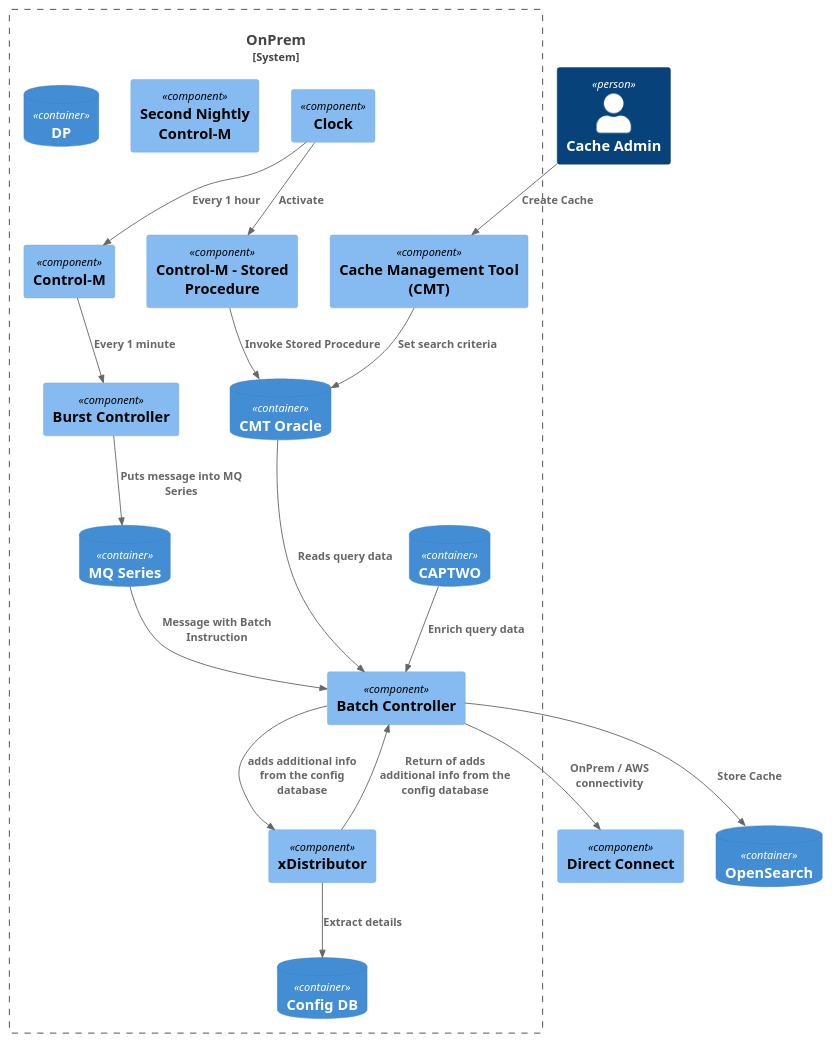
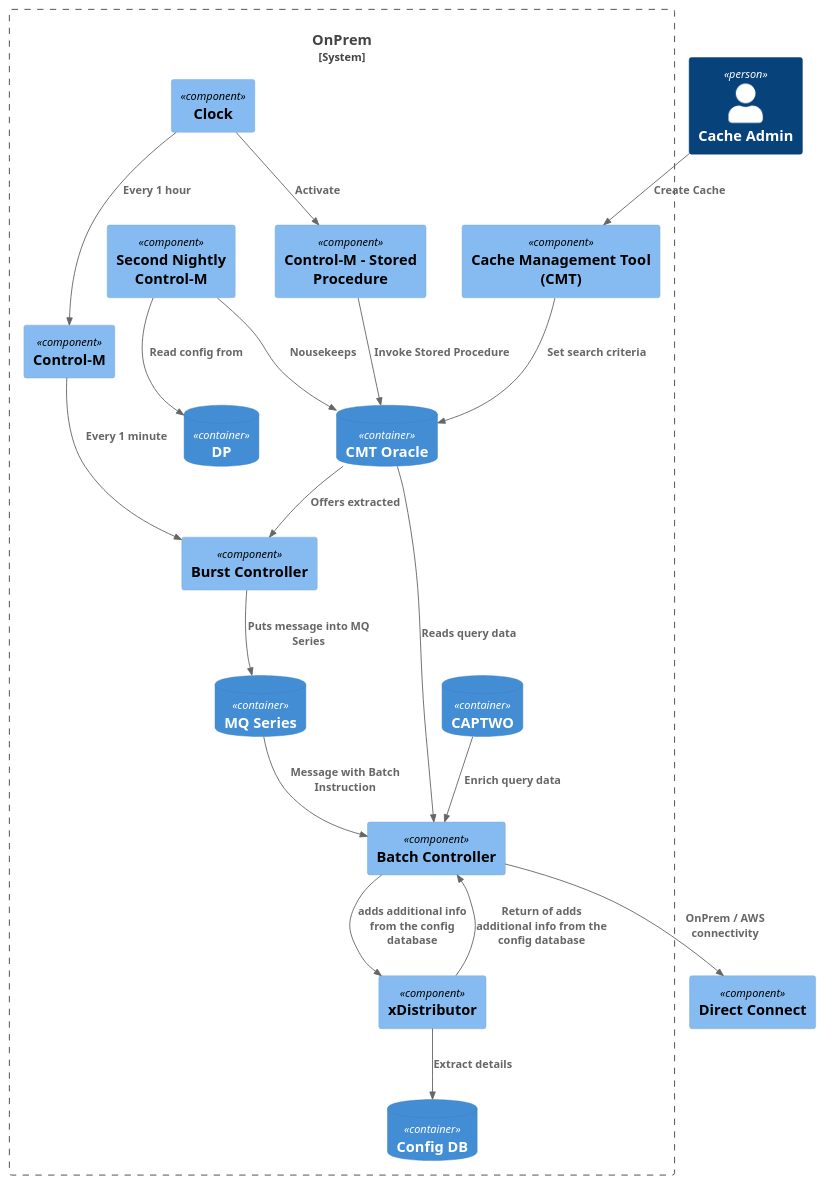
Before and after one commit to brunasti/icepanel-tools: the diagram in docs/icePanel-C4-output-2-OnPrem.puml, drawn with PlantUML. The commit also changed 38 other files, not shown here.

```diff
--- a/docs/icePanel-C4-output-2-OnPrem.puml
+++ b/docs/icePanel-C4-output-2-OnPrem.puml
@@ -1,60 +1,61 @@
 @startuml
 'https://plantuml.com/class-diagram
 ' CONVERT ICEPANEL DIAGRAM ===========
 ' Converter          : it.brunasti.icepanel.tools.IcePanelToPlantUmlConverter
-' IcePanel JSON File : [./src/test/resources/icepanel-structured.json]
+' IcePanel JSON File : [./src/test/resources/icepanel-plain.json]
 ' Configuration      : [./docs/config.json]
-' Generated at       : Wed Apr 10 11:43:53 CEST 2024
+' Generated at       : Wed Apr 10 14:23:01 CEST 2024
 
 !include https://raw.githubusercontent.com/plantuml-stdlib/C4-PlantUML/master/C4_Context.puml
 !include https://raw.githubusercontent.com/plantuml-stdlib/C4-PlantUML/master/C4_Component.puml
 
 
 ' Include         : [./docs/include.txt] ---------
 hide empty members
 ' Include end     : --------------------------
 
 
 System_Boundary(ZCIGbr1fDwSZINSjOb44, "OnPrem" ) {
     ' CLASSES =======
     ContainerDb(JDgumJdxCj5dCURdCtKN, "CAPTWO", "", "" )
     ContainerDb(P8FRwIacDu7PGvfS8xYm, "MQ Series", "", "" )
     Component(iCsNVDctelyaR2c4wnkh, "Burst Controller", "" )
     Component(gjWRDpkTJ13KPRmh36F5, "Clock", "" )
     ContainerDb(oTdOuXLuTyPzLeCjIYDx, "Config DB", "", "" )
     Component(FbHUk96QaZQVUumba63H, "Batch Controller", "" )
     Component(ca13KkX3DwaOlAXtqCBu, "Cache Management Tool (CMT)", "" )
     Component(fw0FSosDQxrXPus6KZ6i, "Control-M", "" )
     Component(CBSTDIDaQZluhMUnj5Mq, "xDistributor", "" )
     ContainerDb(HhxISGaz4P94iRFwLQgB, "CMT Oracle", "", "" )
     Component(M6xfKV1sWabaqUXxMo6D, "Second Nightly Control-M", "" )
     ContainerDb(zKtL799aVzgaZLWgIcD6, "DP", "", "" )
     Component(HRtqQ8npZIhFIJyE4fny, "Control-M - Stored Procedure", "" )
 }
 
 
 ' NEIGHBOR CLASSES =======
 Component(p4yomm0RrOrYTNX8VvEg, "Direct Connect", "" )
-ContainerDb(MzZVLTUQ74KbySVwdHfZ, "OpenSearch", "", "" )
 Person(mtyHirRmDImFDmca6URg, "Cache Admin", "" )
 
 
 ' CONNECTIONS =======
-Rel(FbHUk96QaZQVUumba63H, p4yomm0RrOrYTNX8VvEg, "OnPrem / AWS connectivity" )
-Rel(FbHUk96QaZQVUumba63H, CBSTDIDaQZluhMUnj5Mq, "adds additional info from the config database" )
-Rel(CBSTDIDaQZluhMUnj5Mq, FbHUk96QaZQVUumba63H, "Return of adds additional info from the config database" )
-Rel(fw0FSosDQxrXPus6KZ6i, iCsNVDctelyaR2c4wnkh, "Every 1 minute" )
 Rel(JDgumJdxCj5dCURdCtKN, FbHUk96QaZQVUumba63H, "Enrich query data" )
 Rel(P8FRwIacDu7PGvfS8xYm, FbHUk96QaZQVUumba63H, "Message with Batch Instruction" )
 Rel(iCsNVDctelyaR2c4wnkh, P8FRwIacDu7PGvfS8xYm, "Puts message into MQ Series" )
 Rel(HhxISGaz4P94iRFwLQgB, FbHUk96QaZQVUumba63H, "Reads query data" )
 Rel(CBSTDIDaQZluhMUnj5Mq, oTdOuXLuTyPzLeCjIYDx, "Extract details" )
 Rel(gjWRDpkTJ13KPRmh36F5, HRtqQ8npZIhFIJyE4fny, "Activate" )
-Rel(ca13KkX3DwaOlAXtqCBu, HhxISGaz4P94iRFwLQgB, "Set search criteria" )
 Rel(mtyHirRmDImFDmca6URg, ca13KkX3DwaOlAXtqCBu, "Create Cache" )
-Rel(FbHUk96QaZQVUumba63H, MzZVLTUQ74KbySVwdHfZ, "Store Cache" )
 Rel(gjWRDpkTJ13KPRmh36F5, fw0FSosDQxrXPus6KZ6i, "Every 1 hour" )
 Rel(HRtqQ8npZIhFIJyE4fny, HhxISGaz4P94iRFwLQgB, "Invoke Stored Procedure" )
+Rel(M6xfKV1sWabaqUXxMo6D, zKtL799aVzgaZLWgIcD6, "Read config from" )
+Rel(HhxISGaz4P94iRFwLQgB, iCsNVDctelyaR2c4wnkh, "Offers extracted" )
+Rel(FbHUk96QaZQVUumba63H, p4yomm0RrOrYTNX8VvEg, "OnPrem / AWS connectivity" )
+Rel(FbHUk96QaZQVUumba63H, CBSTDIDaQZluhMUnj5Mq, "adds additional info from the config database" )
+Rel(CBSTDIDaQZluhMUnj5Mq, FbHUk96QaZQVUumba63H, "Return of adds additional info from the config database" )
+Rel(fw0FSosDQxrXPus6KZ6i, iCsNVDctelyaR2c4wnkh, "Every 1 minute" )
+Rel(M6xfKV1sWabaqUXxMo6D, HhxISGaz4P94iRFwLQgB, "Nousekeeps" )
+Rel(ca13KkX3DwaOlAXtqCBu, HhxISGaz4P94iRFwLQgB, "Set search criteria" )
 
 
 @enduml
```
